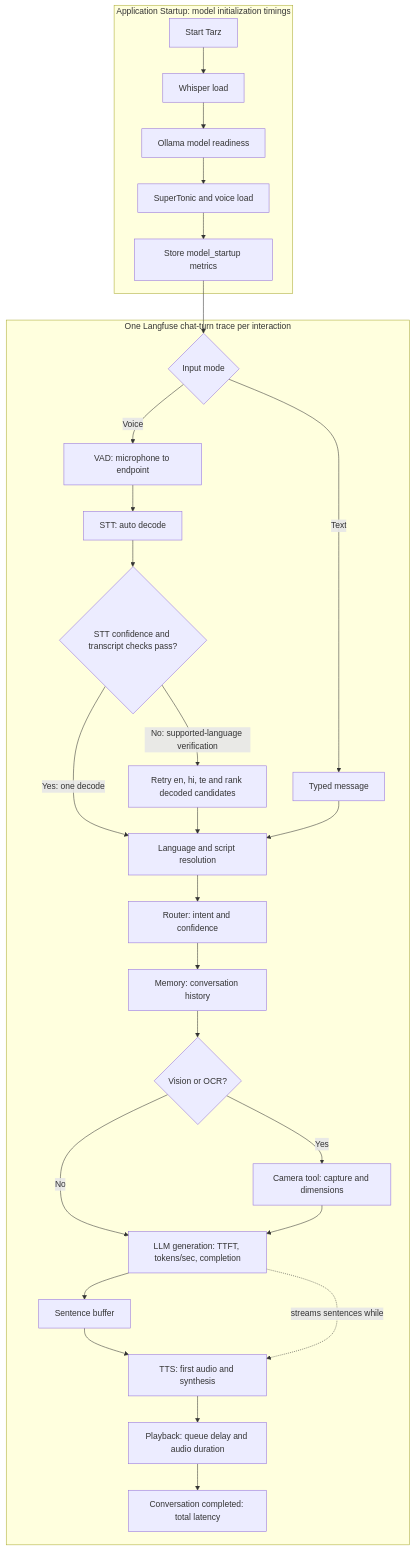
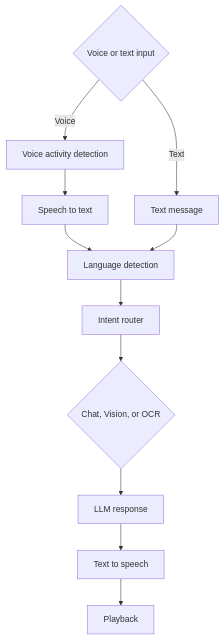
Before and after one commit to ShaikPoliceParvez/Speech-End-to-End: the diagram in README.md, drawn with Mermaid. The commit also changed other lines of this file, not shown here.

Commit message:
readme changes

````diff
--- a/README.md
+++ b/README.md
@@ -100,34 +100,14 @@
 ```mermaid
 flowchart TD
-       subgraph Startup[Application Startup: model initialization timings]
-              S0[Start Tarz] --> S1[Whisper load]
-              S1 --> S2[Ollama model readiness]
-              S2 --> S3[SuperTonic and voice load]
-              S3 --> S4[Store model_startup metrics]
-       end
-
-       subgraph Trace[One Langfuse chat-turn trace per interaction]
-              A{Input mode}
-              A -->|Voice| VAD[VAD: microphone to endpoint]
-              VAD --> STT[STT: auto decode]
-              STT --> VERIFY{STT confidence and transcript checks pass?}
-              VERIFY -->|Yes: one decode| LANG[Language and script resolution]
-              VERIFY -->|No: supported-language verification| RETRY[Retry en, hi, te and rank decoded candidates]
-              RETRY --> LANG
-              A -->|Text| TXT[Typed message]
-              TXT --> LANG
-              LANG --> ROUTER[Router: intent and confidence]
-              ROUTER --> MEM[Memory: conversation history]
-              MEM --> INTENT{Vision or OCR?}
-              INTENT -->|Yes| CAM[Camera tool: capture and dimensions]
-              INTENT -->|No| LLM[LLM generation: TTFT, tokens/sec, completion]
-              CAM --> LLM
-              LLM --> BUFFER[Sentence buffer]
-              BUFFER --> TTS[TTS: first audio and synthesis]
-              TTS --> PLAY[Playback: queue delay and audio duration]
-              PLAY --> END[Conversation completed: total latency]
-       end
-
-       S4 --> A
-       LLM -. streams sentences while .-> TTS
+    INPUT{Voice or text input}
+    INPUT -->|Voice| VAD[Voice activity detection]
+    INPUT -->|Text| TEXT[Text message]
+    VAD --> STT[Speech to text]
+    STT --> LANGUAGE[Language detection]
+    TEXT --> LANGUAGE
+    LANGUAGE --> ROUTER[Intent router]
+    ROUTER --> ACTION{Chat, Vision, or OCR}
+    ACTION --> LLM[LLM response]
+    LLM --> TTS[Text to speech]
+    TTS --> OUTPUT[Playback]
 ```
````
